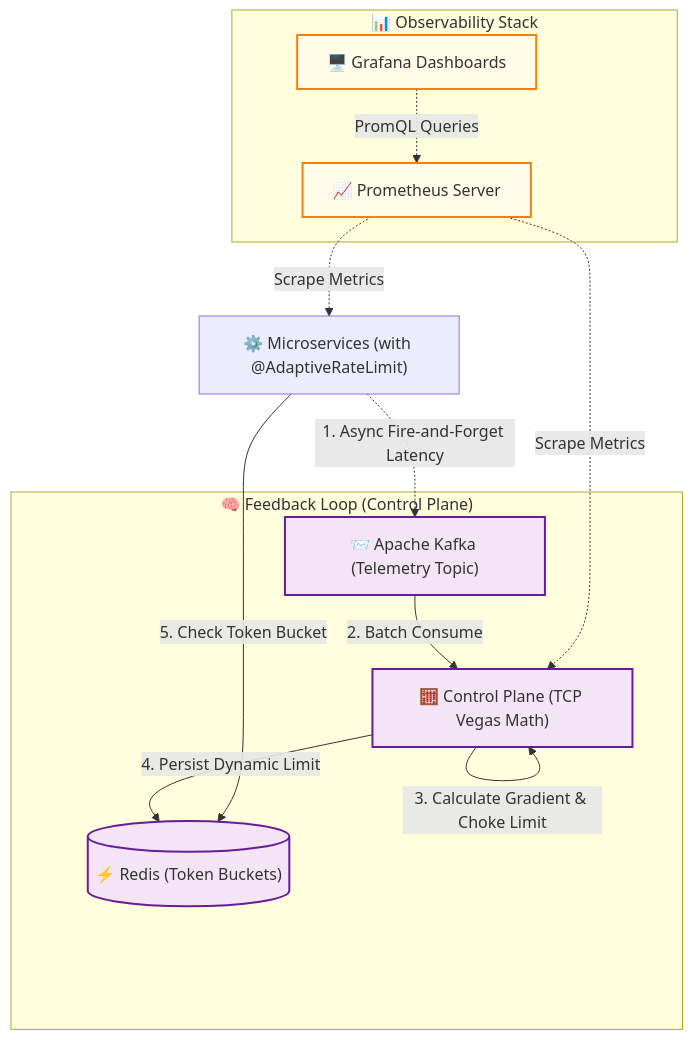
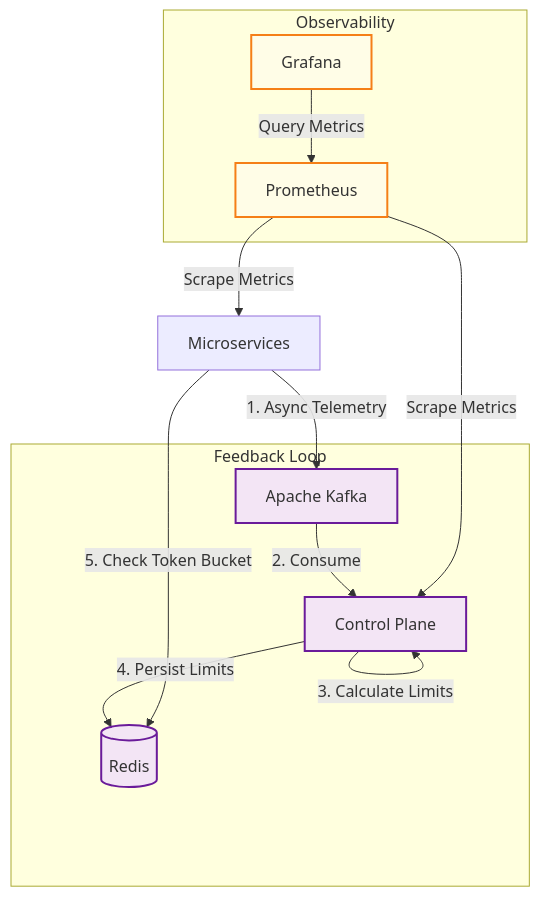
The second of 2 diagrams in README.md (abdulmdev/adaptive-load-management), drawn with Mermaid before and after one commit.

Commit message:
docs: use ultra-safe mermaid syntax

````diff
--- a/README.md
+++ b/README.md
@@ -66,34 +66,34 @@
 ```mermaid
 flowchart TD
-    Microservice["⚙️ Microservices (with @AdaptiveRateLimit)"]
+    Microservice["Microservices"]
     
-    subgraph ControlPlane["🧠 Feedback Loop (Control Plane)"]
-        Kafka["📨 Apache Kafka (Telemetry Topic)"]
-        CP["🧮 Control Plane (TCP Vegas Math)"]
-        Redis[("⚡ Redis (Token Buckets)")]
+    subgraph ControlPlane["Feedback Loop"]
+        Kafka["Apache Kafka"]
+        CP["Control Plane"]
+        Redis[("Redis")]
     end
 
-    subgraph ObsStack["📊 Observability Stack"]
-        Prometheus["📈 Prometheus Server"]
-        Grafana["🖥️ Grafana Dashboards"]
+    subgraph ObsStack["Observability"]
+        Prometheus["Prometheus"]
+        Grafana["Grafana"]
     end
 
     %% Async Telemetry Loop
-    Microservice -.->|1. Async Fire-and-Forget Latency| Kafka
-    Kafka -->|2. Batch Consume| CP
-    CP -->|3. Calculate Gradient & Choke Limit| CP
-    CP -->|4. Persist Dynamic Limit| Redis
+    Microservice -->|1. Async Telemetry| Kafka
+    Kafka -->|2. Consume| CP
+    CP -->|3. Calculate Limits| CP
+    CP -->|4. Persist Limits| Redis
     Microservice -->|5. Check Token Bucket| Redis
 
     %% Metrics Pipeline
-    Prometheus -.->|Scrape Metrics| Microservice
-    Prometheus -.->|Scrape Metrics| CP
-    Grafana -.->|PromQL Queries| Prometheus
+    Prometheus -->|Scrape Metrics| Microservice
+    Prometheus -->|Scrape Metrics| CP
+    Grafana -->|Query Metrics| Prometheus
 
     %% Styling
     classDef controlLoop fill:#f3e5f5,stroke:#6a1b9a,stroke-width:2px;
     classDef monitor fill:#fffde7,stroke:#f57f17,stroke-width:2px;
     
     class Kafka,CP,Redis controlLoop;
     class Prometheus,Grafana monitor;
 ```
````
